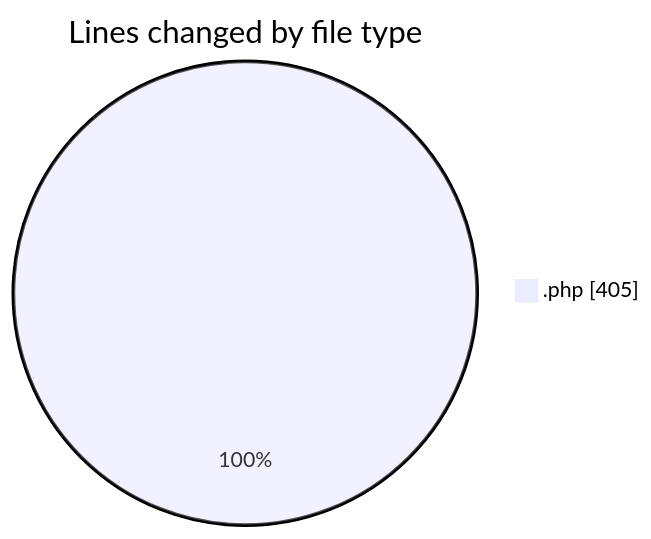
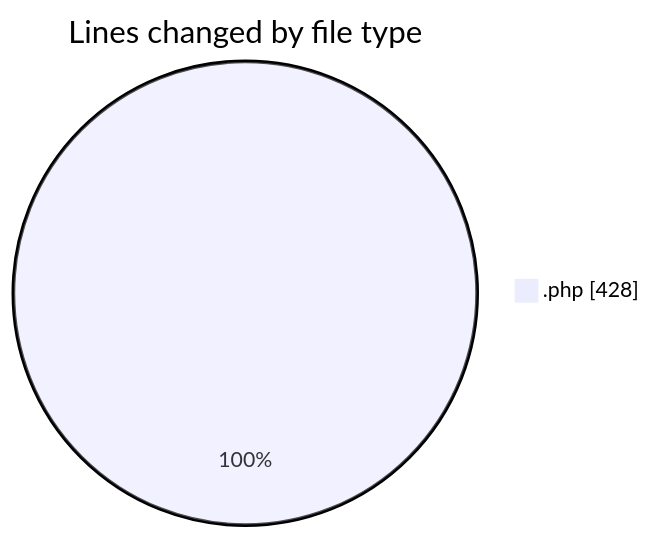
The first of 2 diagrams in 2026-06-19/oficina/README.md (LanceThiago/code-tracking), drawn with Mermaid before and after one commit. The commit also changed other lines of this file and 1 other file, not shown here.

````diff
--- a/2026-06-19/oficina/README.md
+++ b/2026-06-19/oficina/README.md
@@ -20,5 +20,5 @@
 ```mermaid
 pie showData
 title Lines changed by file type
-".php" : 405
+".php" : 428
 ```
````
